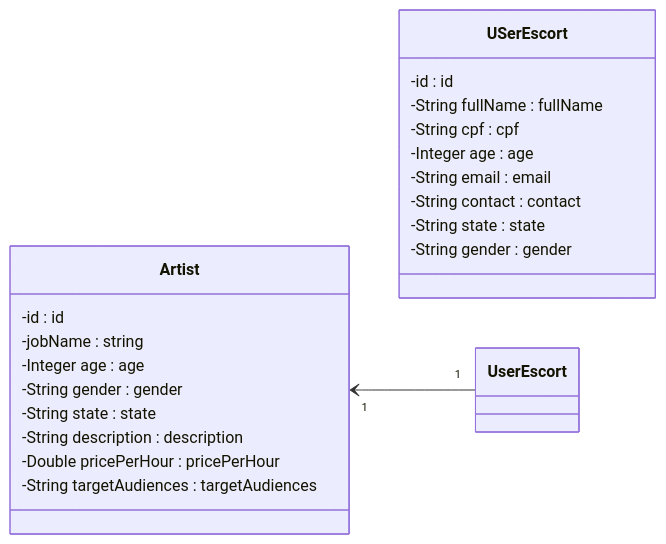
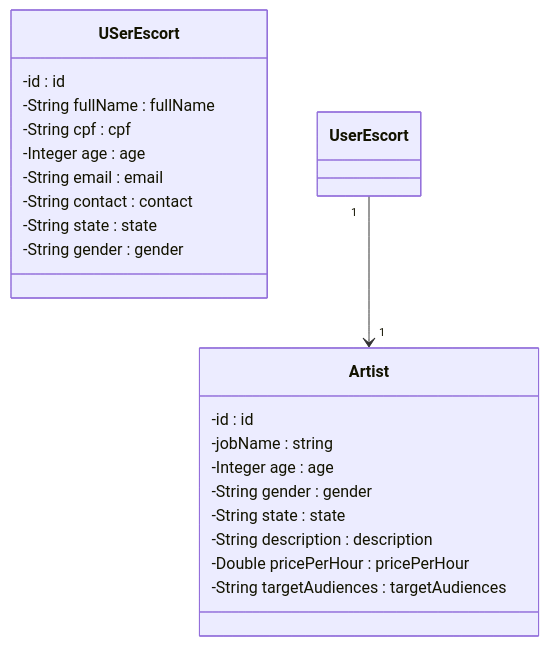
Before and after one commit to Gabmasc/NuvellAPI: the diagram in README.md, drawn with Mermaid.

````diff
--- a/README.md
+++ b/README.md
@@ -18,25 +18,24 @@
 ```mermaid 
 classDiagram
-direction RL
 class USerEscort {
     -id : id
     -String fullName : fullName
     -String cpf : cpf
     -Integer age : age
     -String email : email
     -String contact : contact
     -String state : state
     -String gender : gender
 }
 class Artist{
     -id : id
     -jobName : string
     -Integer age : age
     -String gender : gender
     -String state : state
     -String description : description
     -Double pricePerHour : pricePerHour
     -String targetAudiences : targetAudiences
 }
 UserEscort "1" --> "1" Artist
 ```
````
